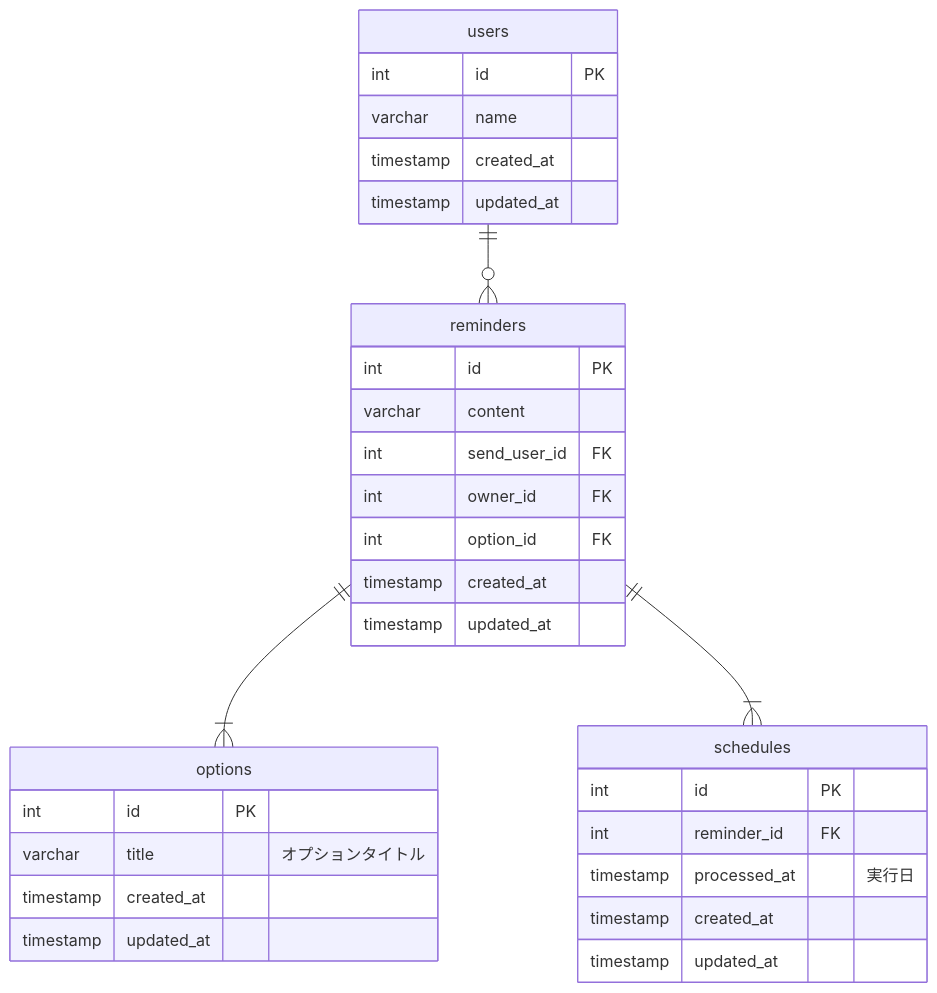
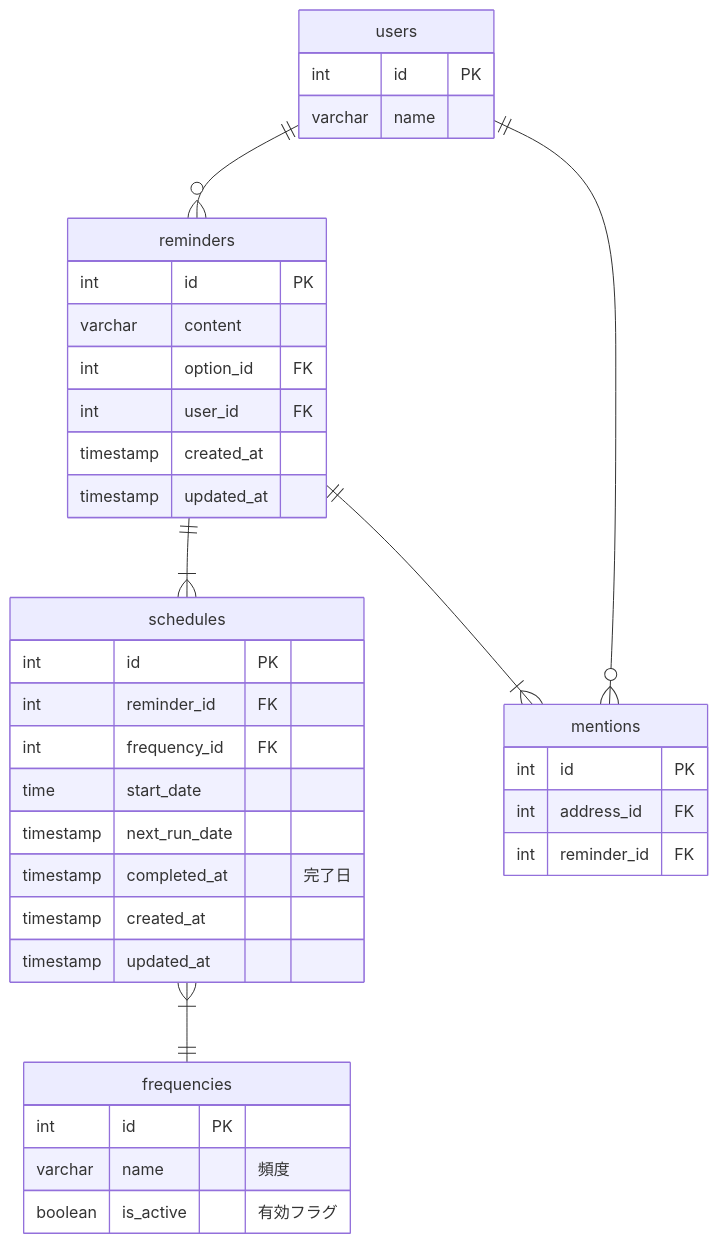
Before and after one commit to yaeok/PrAha_challenge: the diagram in database/modeling/004/challenge01.md, drawn with Mermaid.

Commit message:
設計見直し

````diff
--- a/database/modeling/004/challenge01.md
+++ b/database/modeling/004/challenge01.md
@@ -9,38 +9,45 @@
 ```mermaid
 erDiagram
     users ||--o{ reminders : ""
-    reminders ||--|{ options : ""
     reminders ||--|{ schedules : ""
+    reminders ||--|{ mentions : ""
+    users ||--o{ mentions : ""
+    schedules }|--|| frequencies : ""
 
     users {
         int id PK
         varchar name
-        timestamp created_at
-        timestamp updated_at
     }
 
     reminders {
         int id PK
         varchar content
-        int send_user_id FK
-        int owner_id FK
         int option_id FK
+        int user_id FK
         timestamp created_at
         timestamp updated_at
+    }
+
+    mentions {
+      int id PK
+      int address_id FK
+      int reminder_id FK
     }
 
     schedules {
         int id PK
         int reminder_id FK
-        timestamp processed_at "実行日"
+        int frequency_id FK
+        time start_date
+        timestamp next_run_date
+        timestamp completed_at "完了日"
         timestamp created_at
         timestamp updated_at
     }
 
-    options {
+    frequencies {
         int id PK
-        varchar title "オプションタイトル"
-        timestamp created_at
-        timestamp updated_at
+        varchar name "頻度"
+        boolean is_active "有効フラグ"
     }
 ```
````
